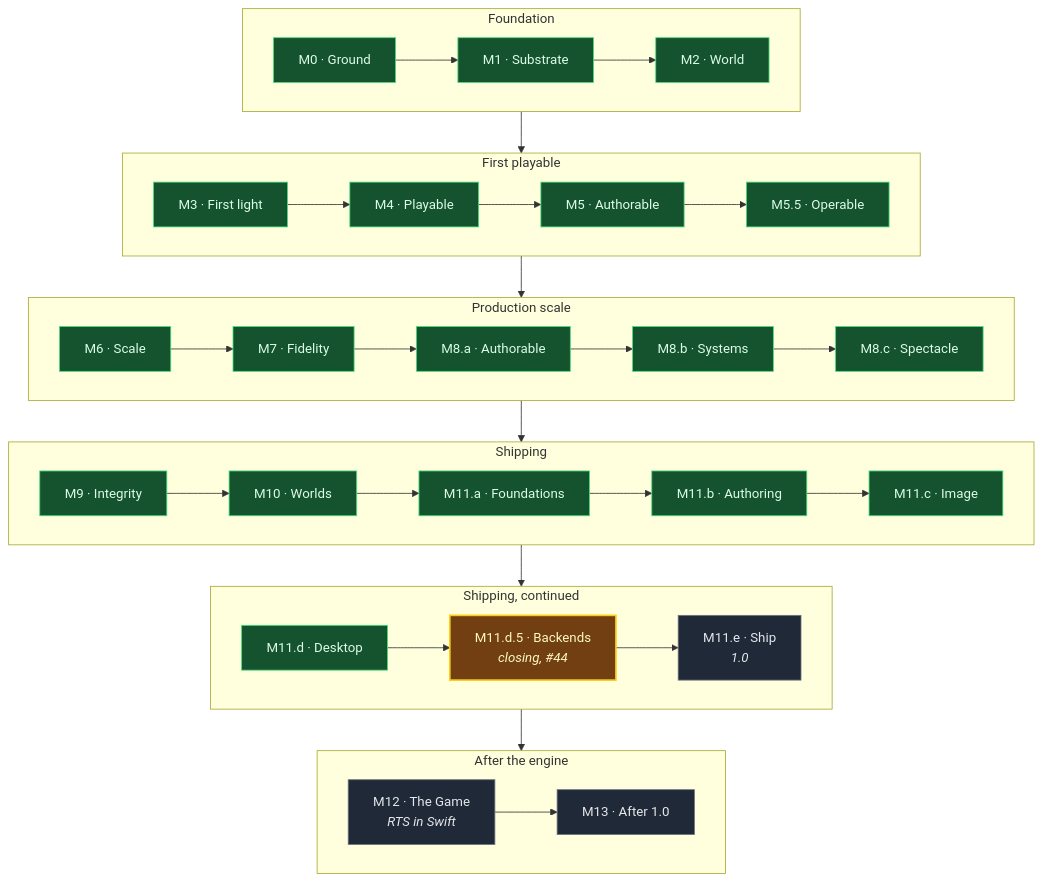
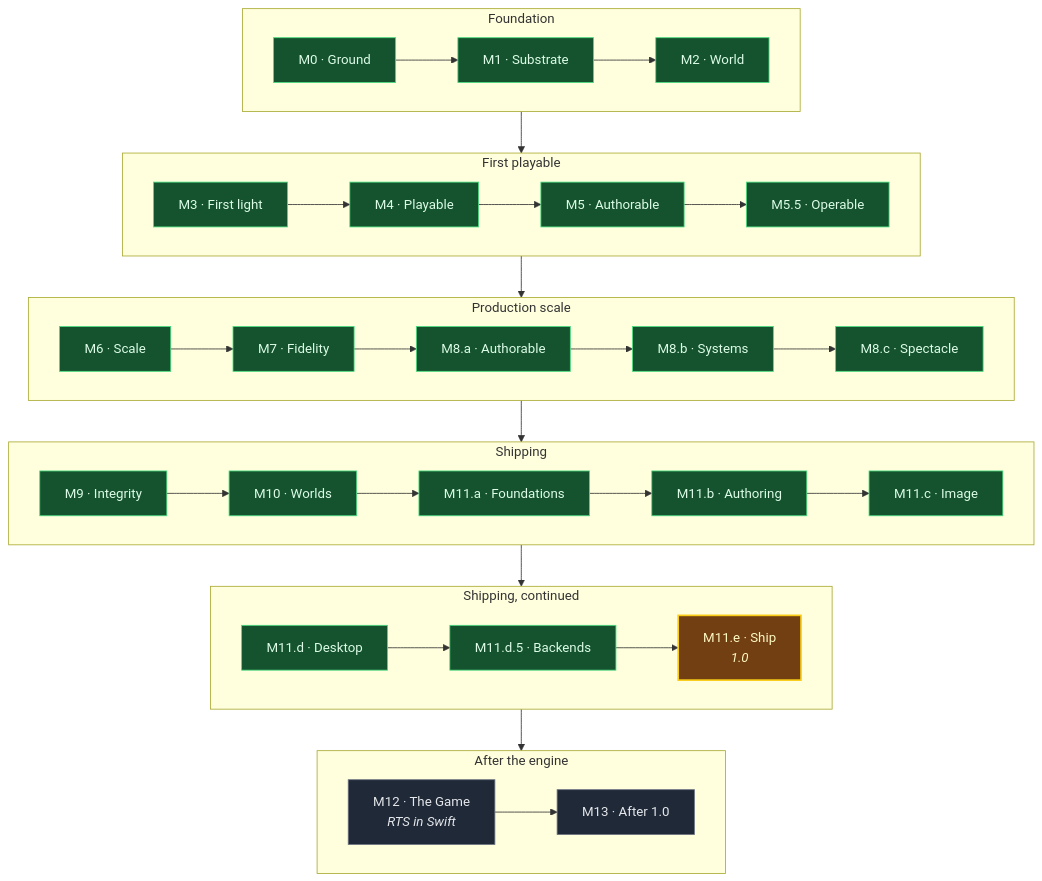
The fifth of 5 diagrams in README.md (CyberdyneCorp/CyberdyneEngine), drawn with Mermaid before and after one commit. The commit also changed other lines of this file, not shown here.

````diff
--- a/README.md
+++ b/README.md
@@ -366,35 +402,35 @@
 ```mermaid
 flowchart TB
     subgraph F["Foundation"]
         direction LR
         M0["M0 · Ground"] --> M1["M1 · Substrate"] --> M2["M2 · World"]
     end
     subgraph P["First playable"]
         direction LR
         M3["M3 · First light"] --> M4["M4 · Playable"] --> M5["M5 · Authorable"] --> M5B["M5.5 · Operable"]
     end
     subgraph S["Production scale"]
         direction LR
         M6["M6 · Scale"] --> M7["M7 · Fidelity"] --> M8A["M8.a · Authorable"] --> M8B["M8.b · Systems"] --> M8C["M8.c · Spectacle"]
     end
     subgraph SH1["Shipping"]
         direction LR
         M9["M9 · Integrity"] --> M10["M10 · Worlds"] --> M11A["M11.a · Foundations"] --> M11B["M11.b · Authoring"] --> M11C["M11.c · Image"]
     end
     subgraph SH2["Shipping, continued"]
         direction LR
-        M11D["M11.d · Desktop"] --> M11D5["M11.d.5 · Backends<br/><i>closing, #44</i>"] --> M11E["M11.e · Ship<br/><i>1.0</i>"]
+        M11D["M11.d · Desktop"] --> M11D5["M11.d.5 · Backends"] --> M11E["M11.e · Ship<br/><i>1.0</i>"]
     end
     subgraph AF["After the engine"]
         direction LR
         M12["M12 · The Game<br/><i>RTS in Swift</i>"] --> M13["M13 · After 1.0"]
     end
     F --> P --> S --> SH1 --> SH2 --> AF
 
     classDef closed fill:#14532d,stroke:#4ade80,color:#dcfce7
     classDef active fill:#713f12,stroke:#facc15,stroke-width:2px,color:#fef9c3
     classDef ahead fill:#1f2937,stroke:#6b7280,color:#e5e7eb
-    class M0,M1,M2,M3,M4,M5,M5B,M6,M7,M8A,M8B,M8C,M9,M10,M11A,M11B,M11C,M11D closed
-    class M11D5 active
-    class M11E,M12,M13 ahead
+    class M0,M1,M2,M3,M4,M5,M5B,M6,M7,M8A,M8B,M8C,M9,M10,M11A,M11B,M11C,M11D,M11D5 closed
+    class M11E active
+    class M12,M13 ahead
 ```
````
